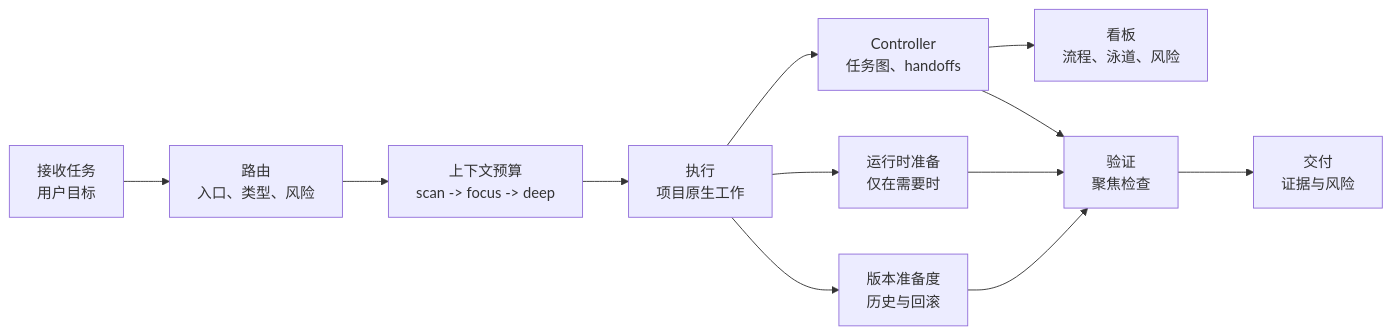
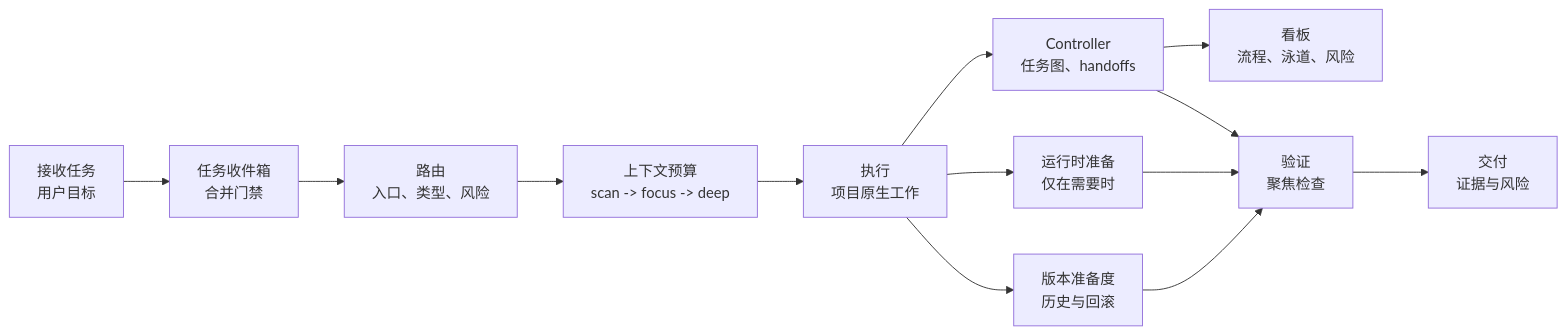
The diagram in README.zh-CN.md (GnosiST/omyKit), drawn with Mermaid before and after one commit. The commit also changed other lines of this file and 1 other file, not shown here.

Commit message:
Sync README with task intake broker

````diff
--- a/README.zh-CN.md
+++ b/README.zh-CN.md
@@ -39,14 +40,15 @@
 ```mermaid
 flowchart LR
-    Intake["接收任务<br/>用户目标"] --> Route["路由<br/>入口、类型、风险"]
+    Intake["接收任务<br/>用户目标"] --> TaskInbox["任务收件箱<br/>合并门禁"]
+    TaskInbox --> Route["路由<br/>入口、类型、风险"]
     Route --> Budget["上下文预算<br/>scan -> focus -> deep"]
     Budget --> Work["执行<br/>项目原生工作"]
     Work --> Controller["Controller<br/>任务图、handoffs"]
     Controller --> Board["看板<br/>流程、泳道、风险"]
     Work --> Runtime["运行时准备<br/>仅在需要时"]
     Work --> Version["版本准备度<br/>历史与回滚"]
     Controller --> Verify["验证<br/>聚焦检查"]
     Runtime --> Verify["验证<br/>聚焦检查"]
     Version --> Verify
     Verify --> Deliver["交付<br/>证据与风险"]
 ```
````
